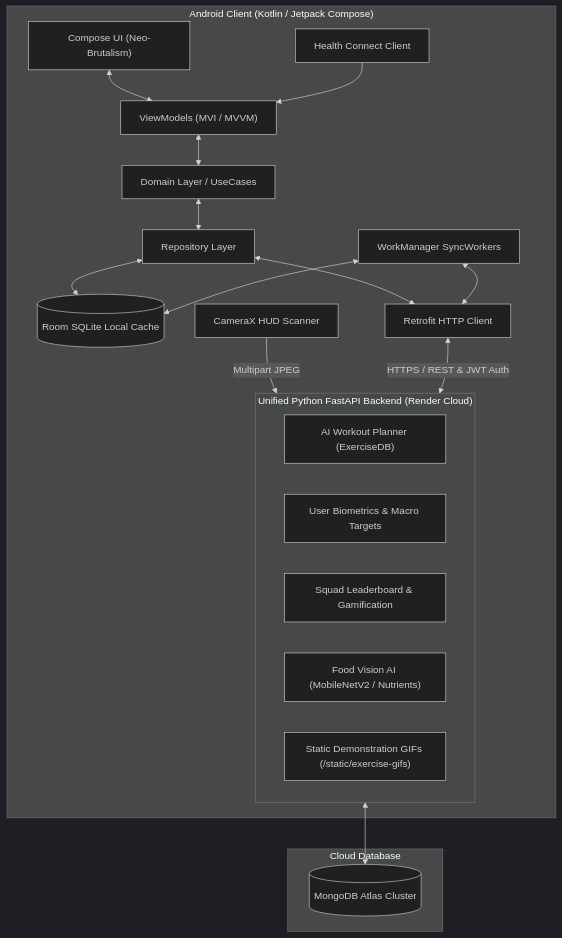
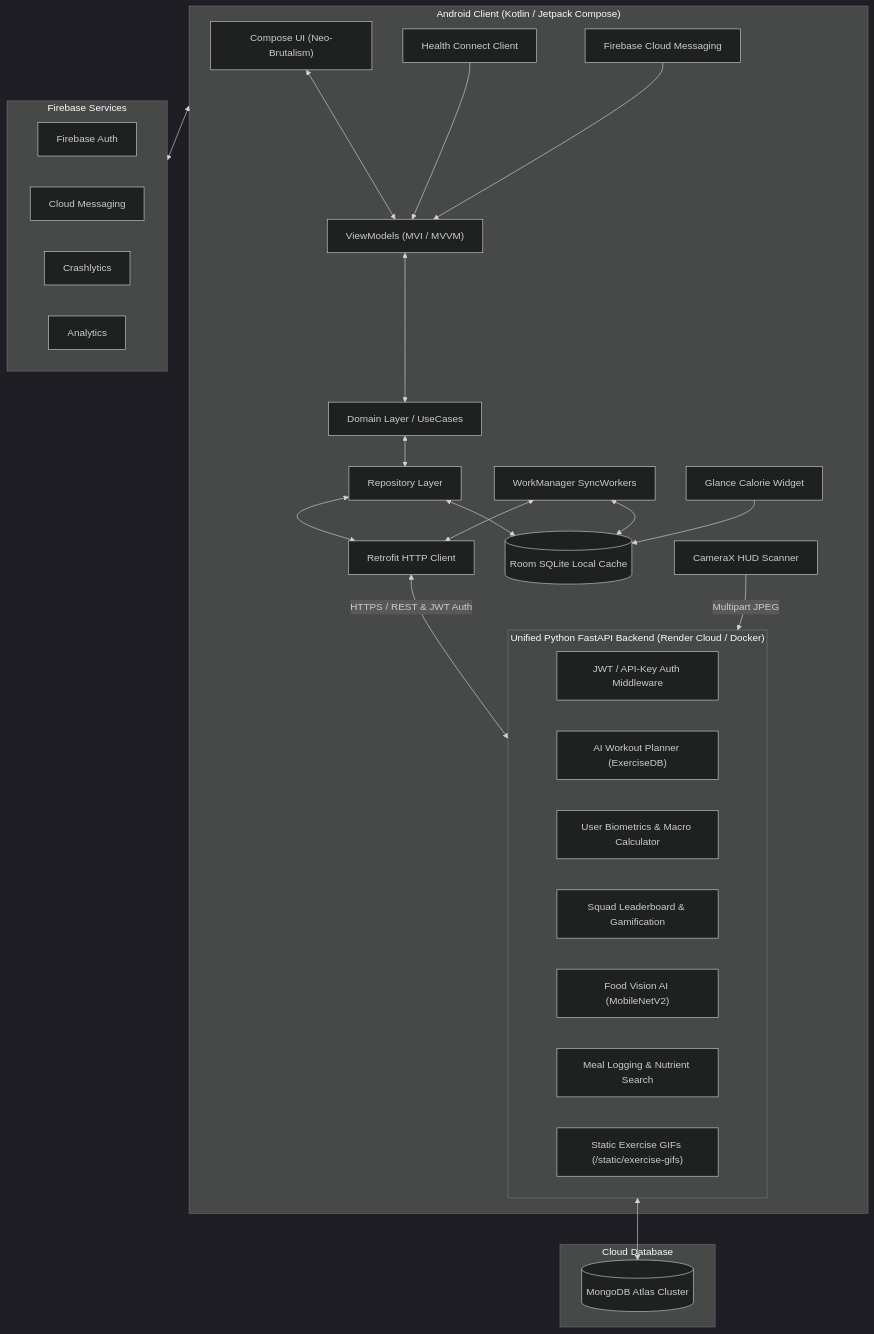
One commit to Ashu-sosuke/FitStore changed the diagram in README.md. Above: the diagram before and after it, drawn with Mermaid (dark theme). The commit also changed other lines of this file, not shown here.

Commit message:
Comprehensive README rewrite: full architecture, all API endpoints, Health Connect parity, deployment docs, project structure

````diff
--- a/README.md
+++ b/README.md
@@ -34,29 +47,41 @@
 ```mermaid
 graph TD
     subgraph AndroidApp ["Android Client (Kotlin / Jetpack Compose)"]
         UI["Compose UI (Neo-Brutalism)"] <--> VM["ViewModels (MVI / MVVM)"]
         VM <--> Domain["Domain Layer / UseCases"]
         Domain <--> Repo["Repository Layer"]
         Repo <--> Room[("Room SQLite Local Cache")]
         Repo <--> Retrofit["Retrofit HTTP Client"]
         WM["WorkManager SyncWorkers"] <--> Room
         WM <--> Retrofit
         Cam["CameraX HUD Scanner"] -- "Multipart JPEG" --> Backend
         HC["Health Connect Client"] --> VM
+        Widget["Glance Calorie Widget"] --> Room
+        FCM["Firebase Cloud Messaging"] --> VM
     end
 
-    subgraph Backend ["Unified Python FastAPI Backend (Render Cloud)"]
+    subgraph Backend ["Unified Python FastAPI Backend (Render Cloud / Docker)"]
+        Auth["JWT / API-Key Auth Middleware"]
         WorkoutsEngine["AI Workout Planner (ExerciseDB)"]
-        ProfileEngine["User Biometrics & Macro Targets"]
+        ProfileEngine["User Biometrics & Macro Calculator"]
         LeaderboardEngine["Squad Leaderboard & Gamification"]
-        FoodScanner["Food Vision AI (MobileNetV2 / Nutrients)"]
-        StaticGIFs["Static Demonstration GIFs (/static/exercise-gifs)"]
+        FoodScanner["Food Vision AI (MobileNetV2)"]
+        MealEngine["Meal Logging & Nutrient Search"]
+        StaticGIFs["Static Exercise GIFs (/static/exercise-gifs)"]
     end
 
     subgraph Database ["Cloud Database"]
         Mongo[("MongoDB Atlas Cluster")]
     end
 
+    subgraph Firebase ["Firebase Services"]
+        FAuth["Firebase Auth"]
+        FFCM["Cloud Messaging"]
+        FCrash["Crashlytics"]
+        FAnalytics["Analytics"]
+    end
+
     Retrofit <-->|"HTTPS / REST & JWT Auth"| Backend
     Backend <--> Mongo
+    AndroidApp <--> Firebase
 ```
````
